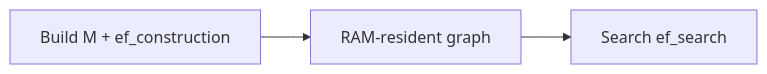
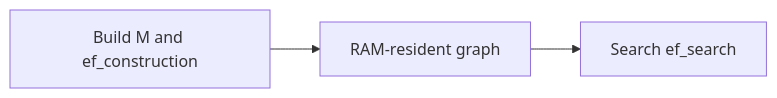
Before and after one commit to ahmedSamir50/AdamSystems.ZVec.NET: the second of 2 diagrams in docs/theory/hnsw.md, drawn with Mermaid. The commit also changed other lines of this file and 5 other files, not shown here.

First line of the commit message:
Fix Mermaid 11 syntax in theory diagrams.

````diff
--- a/docs/theory/hnsw.md
+++ b/docs/theory/hnsw.md
@@ -27,7 +27,7 @@
 ```mermaid
 flowchart LR
-  build["Build M + ef_construction"]
+  build["Build M and ef_construction"]
   mem[RAM-resident graph]
   search["Search ef_search"]
   build --> mem --> search
 ```
````
